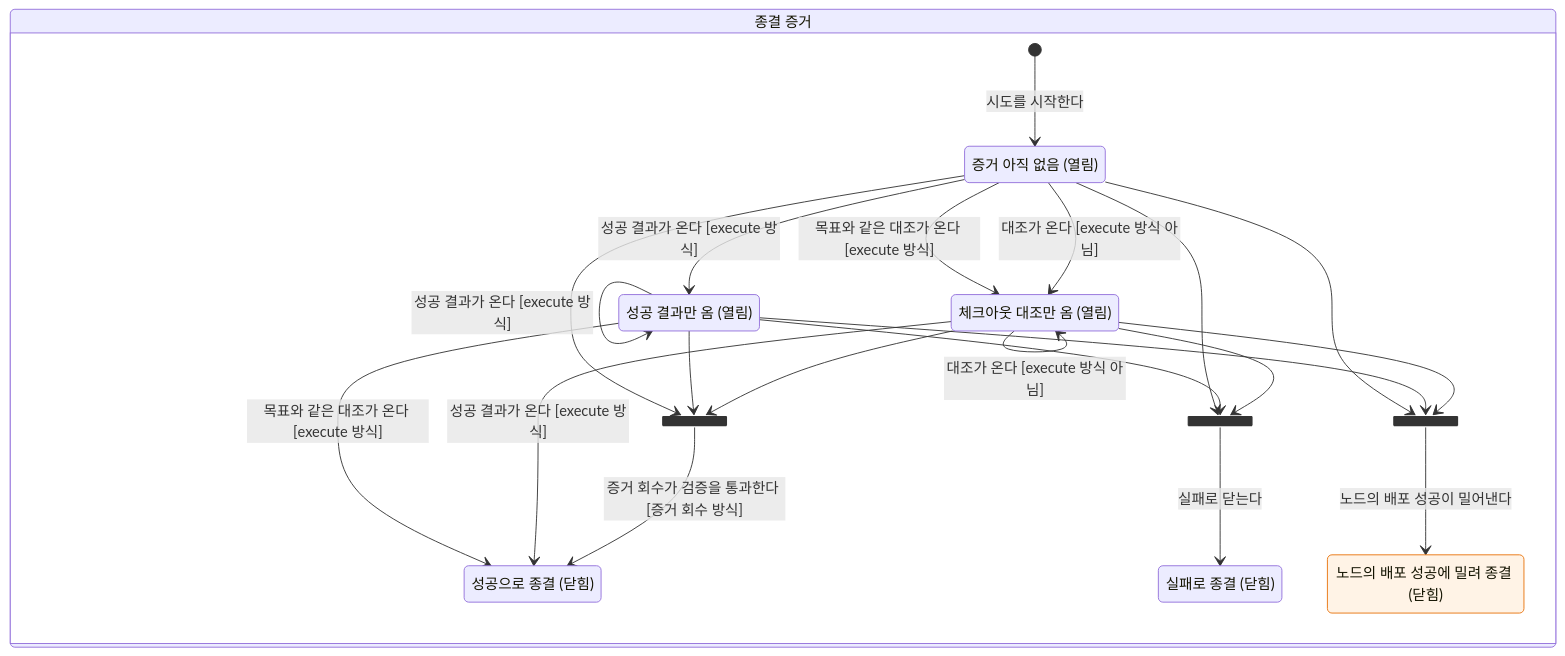
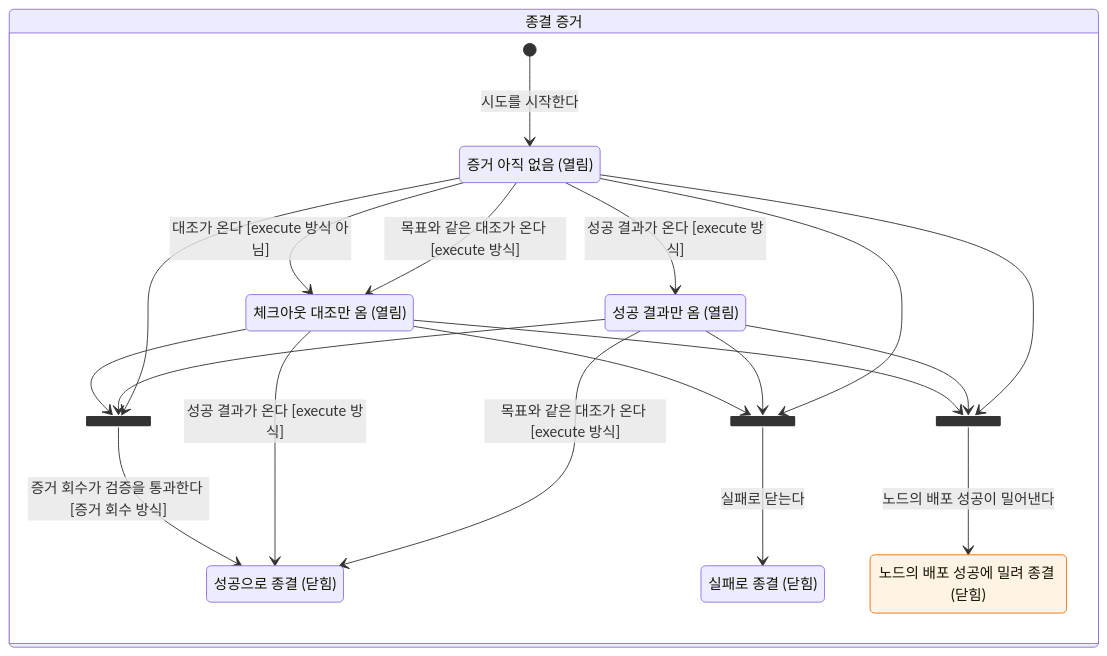
Before and after one commit to eiaserinnys/Haniel: the diagram in docs/deploy-state/generated/attempt-evidence.mmd, drawn with Mermaid. The commit also changed 76 other files, not shown here.

```diff
--- a/docs/deploy-state/generated/attempt-evidence.mmd
+++ b/docs/deploy-state/generated/attempt-evidence.mmd
@@ -1,37 +1,34 @@
 stateDiagram-v2
     direction TB
     classDef breaks fill:#ffecee,stroke:#e72e3b
     classDef notInDesign fill:#fff3e6,stroke:#e8730c
     state "종결 증거" as ev {
         state join1 <<join>>
         state join2 <<join>>
         state join3 <<join>>
         ev_none: 증거 아직 없음 (열림)
         ev_result: 성공 결과만 옴 (열림)
         ev_both: 성공으로 종결 (닫힘)
         ev_settled: 체크아웃 대조만 옴 (열림)
         ev_failed: 실패로 종결 (닫힘)
         ev_superseded: 노드의 배포 성공에 밀려 종결 (닫힘)
         [*] --> ev_none: 시도를 시작한다
         ev_none --> ev_result: 성공 결과가 온다 [execute 방식]
         ev_none --> ev_settled: 목표와 같은 대조가 온다 [execute 방식]
         ev_none --> ev_settled: 대조가 온다 [execute 방식 아님]
-        ev_result --> ev_result: 성공 결과가 온다 [execute 방식]
         ev_result --> ev_both: 목표와 같은 대조가 온다 [execute 방식]
         ev_settled --> ev_both: 성공 결과가 온다 [execute 방식]
-        ev_settled --> ev_settled: 목표와 같은 대조가 온다 [execute 방식]
-        ev_settled --> ev_settled: 대조가 온다 [execute 방식 아님]
         ev_none --> join1
         ev_result --> join1
         ev_settled --> join1
         join1 --> ev_failed: 실패로 닫는다
         ev_none --> join2
         ev_result --> join2
         ev_settled --> join2
         join2 --> ev_both: 증거 회수가 검증을 통과한다 [증거 회수 방식]
         ev_none --> join3
         ev_result --> join3
         ev_settled --> join3
         join3 --> ev_superseded: 노드의 배포 성공이 밀어낸다
     }
     class ev_superseded notInDesign
```
